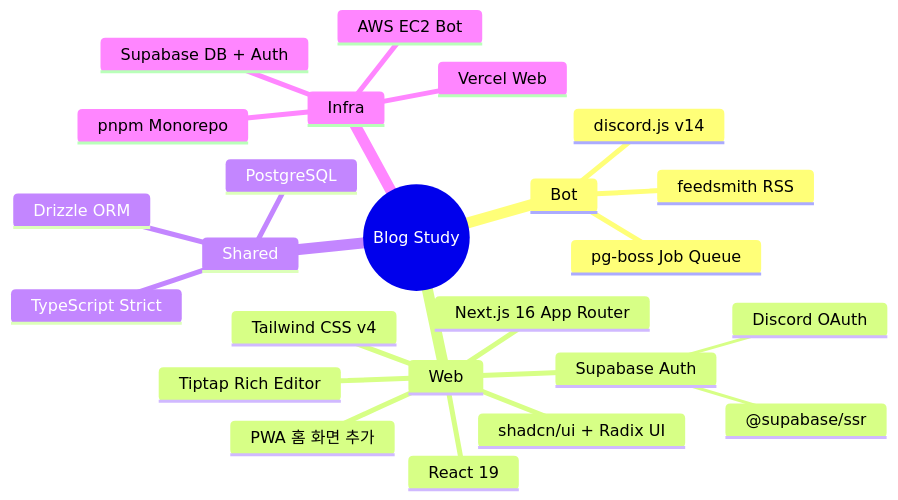
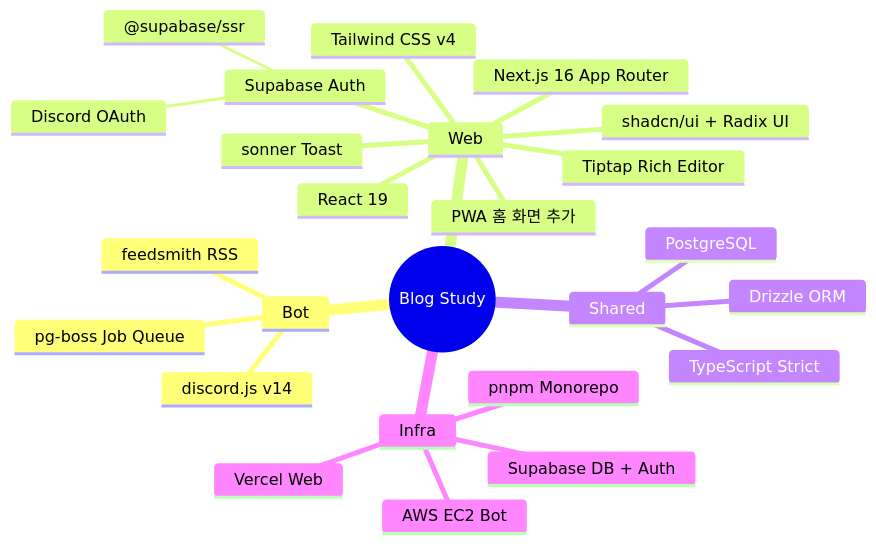
Before and after one commit to bbbang105/study-admin: the second of 9 diagrams in docs/ARCHITECTURE.md, drawn with Mermaid. The commit also changed other lines of this file and 36 other files, not shown here.

````diff
--- a/docs/ARCHITECTURE.md
+++ b/docs/ARCHITECTURE.md
@@ -71,27 +71,28 @@
 ```mermaid
 mindmap
   root((Blog Study))
     Bot
       discord.js v14
       pg-boss Job Queue
       feedsmith RSS
     Web
       Next.js 16 App Router
       React 19
       Tailwind CSS v4
       shadcn/ui + Radix UI
       Tiptap Rich Editor
+      sonner Toast
       PWA 홈 화면 추가
       Supabase Auth
         Discord OAuth
         @supabase/ssr
     Shared
       Drizzle ORM
       PostgreSQL
       TypeScript Strict
     Infra
       Supabase DB + Auth
       Vercel Web
       AWS EC2 Bot
       pnpm Monorepo
 ```
````
